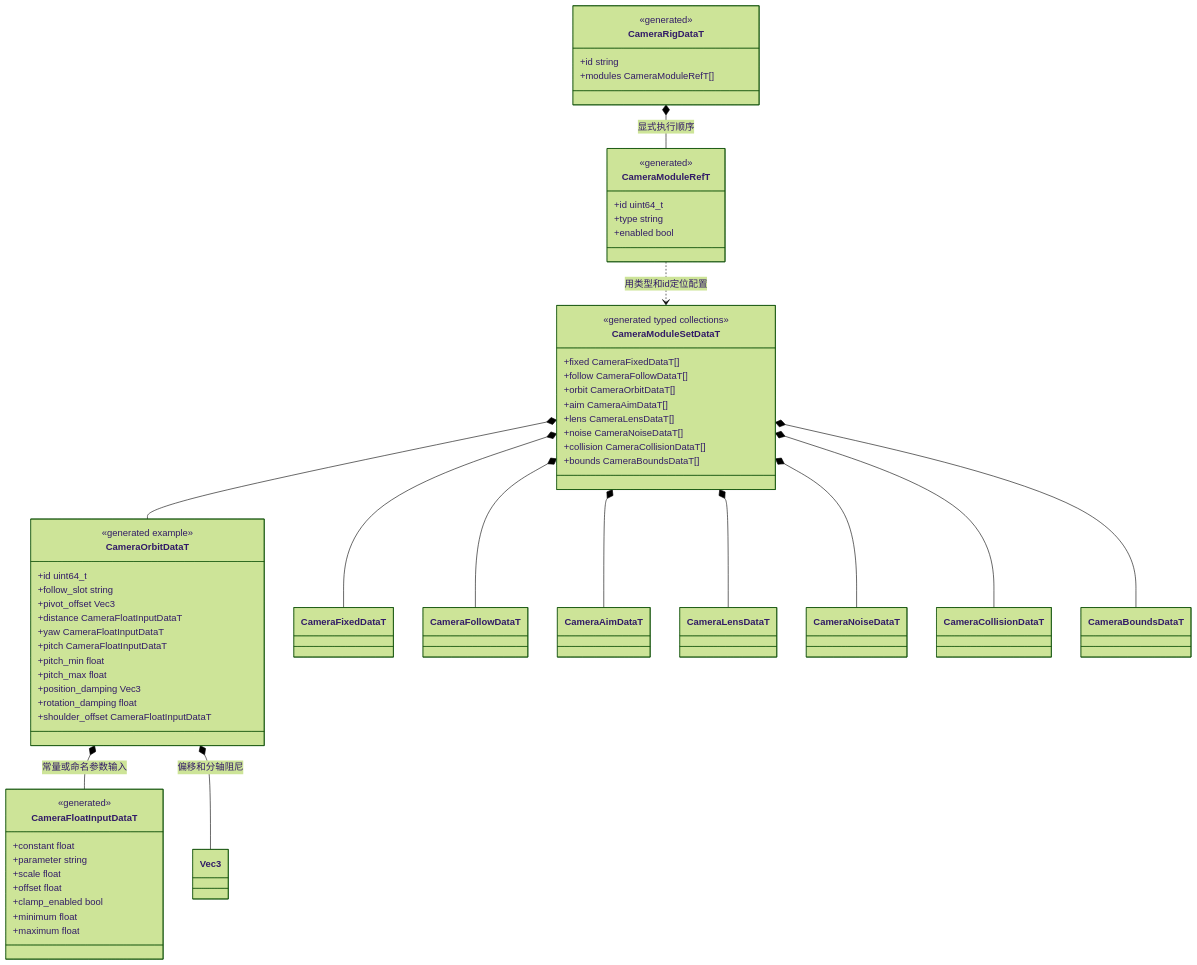
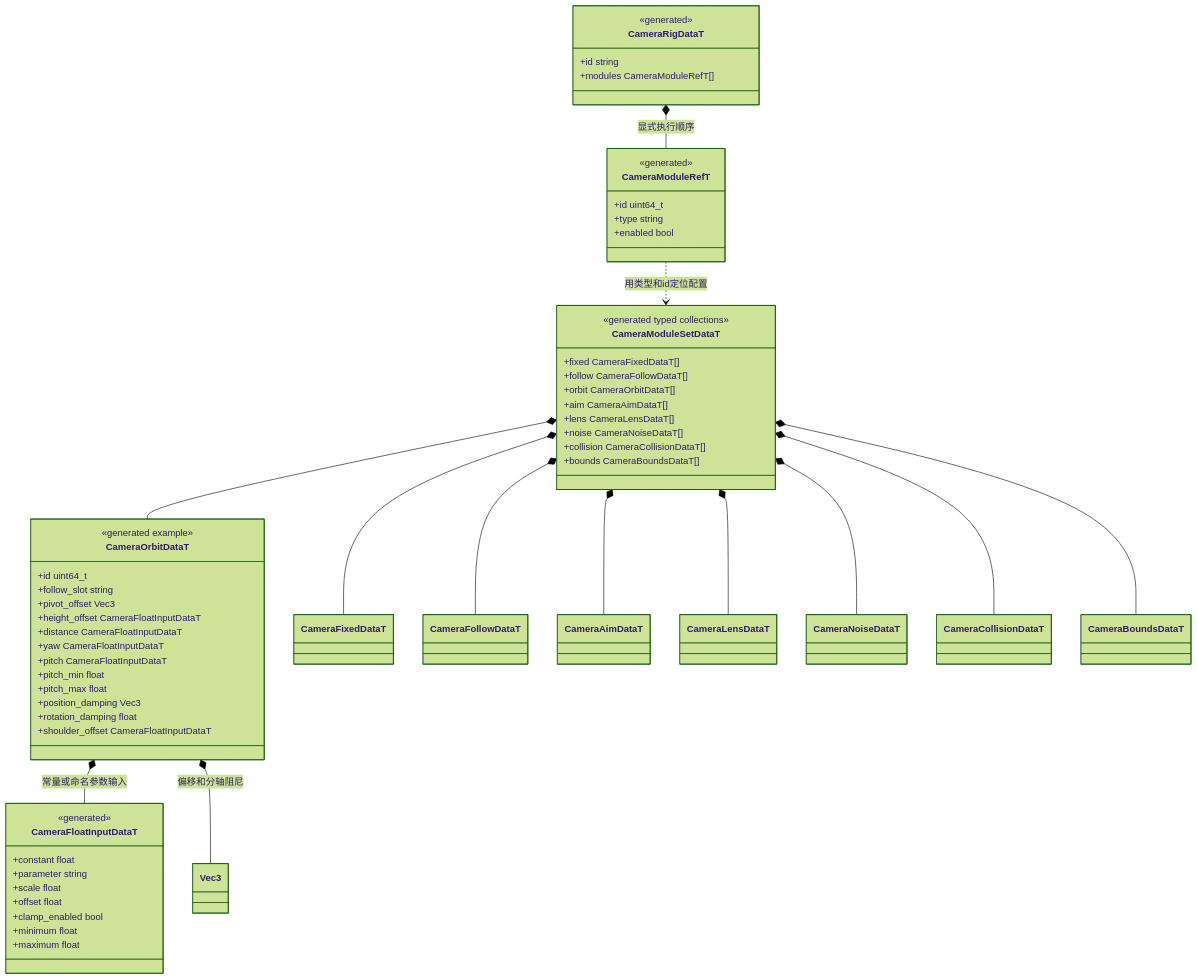
The first of 3 diagrams in docs/plugins/runtime/class-diagrams/camera-modules.md (lcals/Engine), drawn with Mermaid (forest theme) before and after one commit. The commit also changed other lines of this file and 194 other files, not shown here.

````diff
--- a/docs/plugins/runtime/class-diagrams/camera-modules.md
+++ b/docs/plugins/runtime/class-diagrams/camera-modules.md
@@ -9,69 +9,70 @@
 ```mermaid
 classDiagram
     class CameraRigDataT {
         <<generated>>
         +id string
         +modules CameraModuleRefT[]
     }
     class CameraModuleRefT {
         <<generated>>
         +id uint64_t
         +type string
         +enabled bool
     }
     class CameraModuleSetDataT {
         <<generated typed collections>>
         +fixed CameraFixedDataT[]
         +follow CameraFollowDataT[]
         +orbit CameraOrbitDataT[]
         +aim CameraAimDataT[]
         +lens CameraLensDataT[]
         +noise CameraNoiseDataT[]
         +collision CameraCollisionDataT[]
         +bounds CameraBoundsDataT[]
     }
     class CameraOrbitDataT {
         <<generated example>>
         +id uint64_t
         +follow_slot string
         +pivot_offset Vec3
+        +height_offset CameraFloatInputDataT
         +distance CameraFloatInputDataT
         +yaw CameraFloatInputDataT
         +pitch CameraFloatInputDataT
         +pitch_min float
         +pitch_max float
         +position_damping Vec3
         +rotation_damping float
         +shoulder_offset CameraFloatInputDataT
     }
     class CameraFloatInputDataT {
         <<generated>>
         +constant float
         +parameter string
         +scale float
         +offset float
         +clamp_enabled bool
         +minimum float
         +maximum float
     }
     class CameraFixedDataT
     class CameraFollowDataT
     class CameraAimDataT
     class CameraLensDataT
     class CameraNoiseDataT
     class CameraCollisionDataT
     class CameraBoundsDataT
     class Vec3
     CameraRigDataT *-- CameraModuleRefT : 显式执行顺序
     CameraModuleRefT ..> CameraModuleSetDataT : 用类型和id定位配置
     CameraModuleSetDataT *-- CameraFixedDataT
     CameraModuleSetDataT *-- CameraFollowDataT
     CameraModuleSetDataT *-- CameraOrbitDataT
     CameraModuleSetDataT *-- CameraAimDataT
     CameraModuleSetDataT *-- CameraLensDataT
     CameraModuleSetDataT *-- CameraNoiseDataT
     CameraModuleSetDataT *-- CameraCollisionDataT
     CameraModuleSetDataT *-- CameraBoundsDataT
     CameraOrbitDataT *-- CameraFloatInputDataT : 常量或命名参数输入
     CameraOrbitDataT *-- Vec3 : 偏移和分轴阻尼
 ```
````
